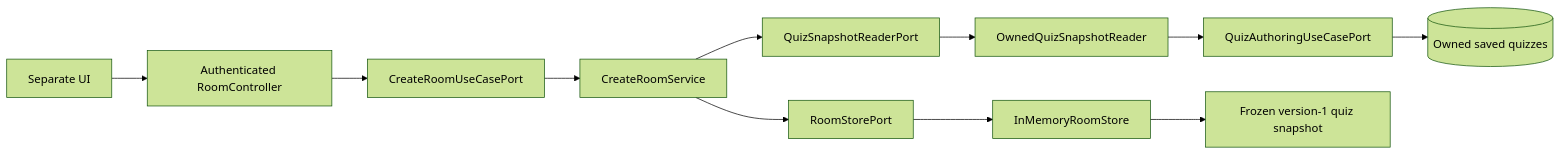
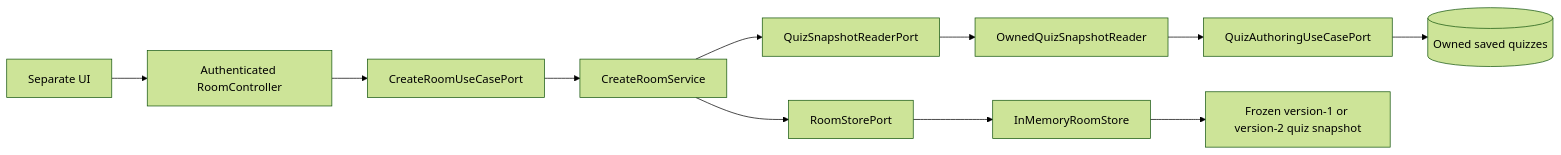
Before and after one commit to CusmaLinux/robinhoot: the first of 3 diagrams in docs/architecture/room-creation.md, drawn with Mermaid (forest theme). The commit also changed 37 other files, not shown here.

````diff
--- a/docs/architecture/room-creation.md
+++ b/docs/architecture/room-creation.md
@@ -9,13 +9,13 @@
 ```mermaid
 flowchart LR
   UI[Separate UI] --> HTTP[Authenticated RoomController]
   HTTP --> Create[CreateRoomUseCasePort]
   Create --> Service[CreateRoomService]
   Service --> Store[RoomStorePort]
   Service --> Reader[QuizSnapshotReaderPort]
   Store --> Memory[InMemoryRoomStore]
   Reader --> Adapter[OwnedQuizSnapshotReader]
   Adapter --> Quiz[QuizAuthoringUseCasePort]
   Quiz --> DB[(Owned saved quizzes)]
-  Memory --> Snapshot[Frozen version-1 quiz snapshot]
+  Memory --> Snapshot[Frozen version-1 or version-2 quiz snapshot]
 ```
````
